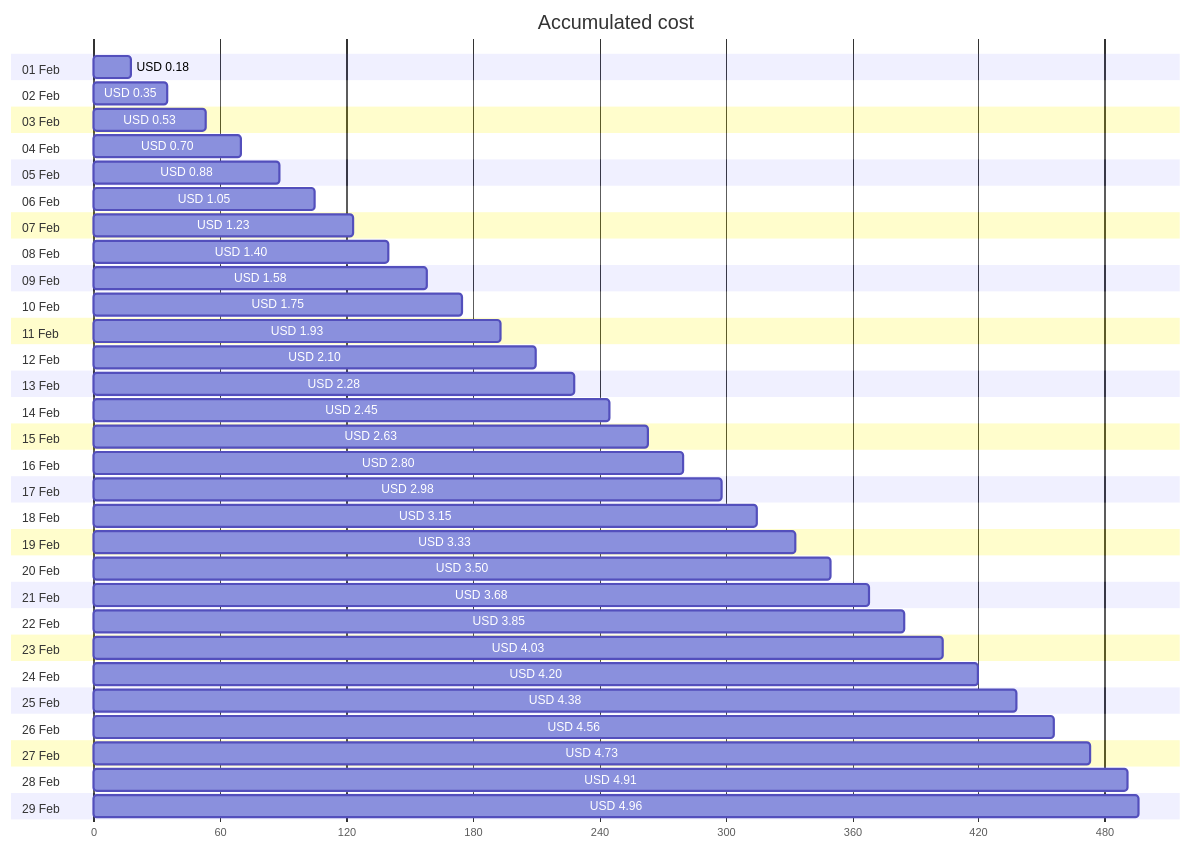
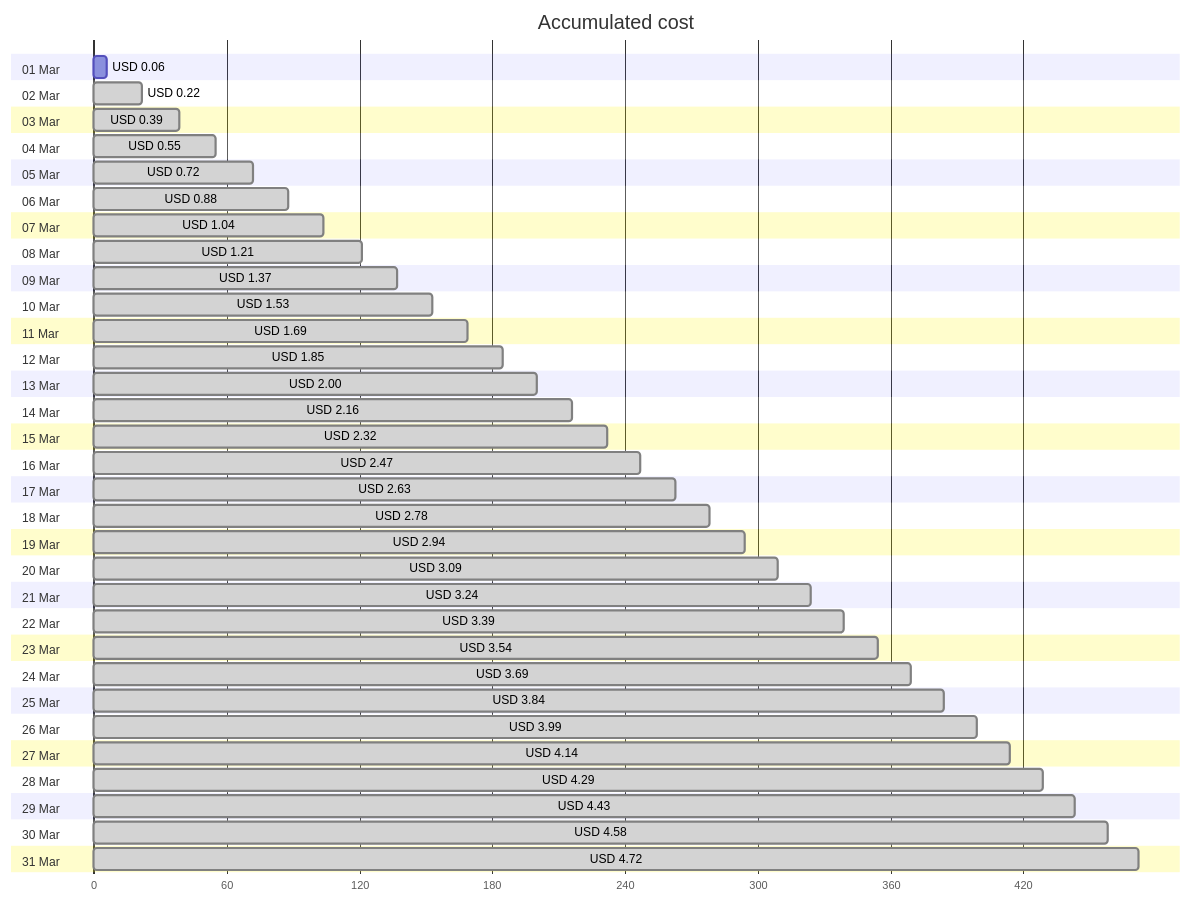
Before and after one commit to jpfulton/azure-personal-reports: the first of 4 diagrams in cost-reports/personal-network/backup-server.md, drawn with Mermaid. The commit also changed other lines of this file and 8 other files, not shown here.

````diff
--- a/cost-reports/personal-network/backup-server.md
+++ b/cost-reports/personal-network/backup-server.md
@@ -20,64 +20,68 @@
 ```mermaid
 gantt
    title Accumulated cost
    dateFormat  X
    axisFormat %s
-   section 01 Feb
-   USD 0.18 :0, 18
-   section 02 Feb
-   USD 0.35 :0, 35
-   section 03 Feb
-   USD 0.53 :0, 53
-   section 04 Feb
-   USD 0.70 :0, 70
-   section 05 Feb
-   USD 0.88 :0, 88
-   section 06 Feb
-   USD 1.05 :0, 105
-   section 07 Feb
-   USD 1.23 :0, 123
-   section 08 Feb
-   USD 1.40 :0, 140
-   section 09 Feb
-   USD 1.58 :0, 158
-   section 10 Feb
-   USD 1.75 :0, 175
-   section 11 Feb
-   USD 1.93 :0, 193
-   section 12 Feb
-   USD 2.10 :0, 210
-   section 13 Feb
-   USD 2.28 :0, 228
-   section 14 Feb
-   USD 2.45 :0, 245
-   section 15 Feb
-   USD 2.63 :0, 263
-   section 16 Feb
-   USD 2.80 :0, 280
-   section 17 Feb
-   USD 2.98 :0, 298
-   section 18 Feb
-   USD 3.15 :0, 315
-   section 19 Feb
-   USD 3.33 :0, 333
-   section 20 Feb
-   USD 3.50 :0, 350
-   section 21 Feb
-   USD 3.68 :0, 368
-   section 22 Feb
-   USD 3.85 :0, 385
-   section 23 Feb
-   USD 4.03 :0, 403
-   section 24 Feb
-   USD 4.20 :0, 420
-   section 25 Feb
-   USD 4.38 :0, 438
-   section 26 Feb
-   USD 4.56 :0, 456
-   section 27 Feb
-   USD 4.73 :0, 473
-   section 28 Feb
-   USD 4.91 :0, 491
-   section 29 Feb
-   USD 4.96 :0, 496
+   section 01 Mar
+   USD 0.06 :0, 6
+   section 02 Mar
+   USD 0.22 : done, 0, 22
+   section 03 Mar
+   USD 0.39 : done, 0, 39
+   section 04 Mar
+   USD 0.55 : done, 0, 55
+   section 05 Mar
+   USD 0.72 : done, 0, 72
+   section 06 Mar
+   USD 0.88 : done, 0, 88
+   section 07 Mar
+   USD 1.04 : done, 0, 104
+   section 08 Mar
+   USD 1.21 : done, 0, 121
+   section 09 Mar
+   USD 1.37 : done, 0, 137
+   section 10 Mar
+   USD 1.53 : done, 0, 153
+   section 11 Mar
+   USD 1.69 : done, 0, 169
+   section 12 Mar
+   USD 1.85 : done, 0, 185
+   section 13 Mar
+   USD 2.00 : done, 0, 200
+   section 14 Mar
+   USD 2.16 : done, 0, 216
+   section 15 Mar
+   USD 2.32 : done, 0, 232
+   section 16 Mar
+   USD 2.47 : done, 0, 247
+   section 17 Mar
+   USD 2.63 : done, 0, 263
+   section 18 Mar
+   USD 2.78 : done, 0, 278
+   section 19 Mar
+   USD 2.94 : done, 0, 294
+   section 20 Mar
+   USD 3.09 : done, 0, 309
+   section 21 Mar
+   USD 3.24 : done, 0, 324
+   section 22 Mar
+   USD 3.39 : done, 0, 339
+   section 23 Mar
+   USD 3.54 : done, 0, 354
+   section 24 Mar
+   USD 3.69 : done, 0, 369
+   section 25 Mar
+   USD 3.84 : done, 0, 384
+   section 26 Mar
+   USD 3.99 : done, 0, 399
+   section 27 Mar
+   USD 4.14 : done, 0, 414
+   section 28 Mar
+   USD 4.29 : done, 0, 429
+   section 29 Mar
+   USD 4.43 : done, 0, 443
+   section 30 Mar
+   USD 4.58 : done, 0, 458
+   section 31 Mar
+   USD 4.72 : done, 0, 472
 ```
````
